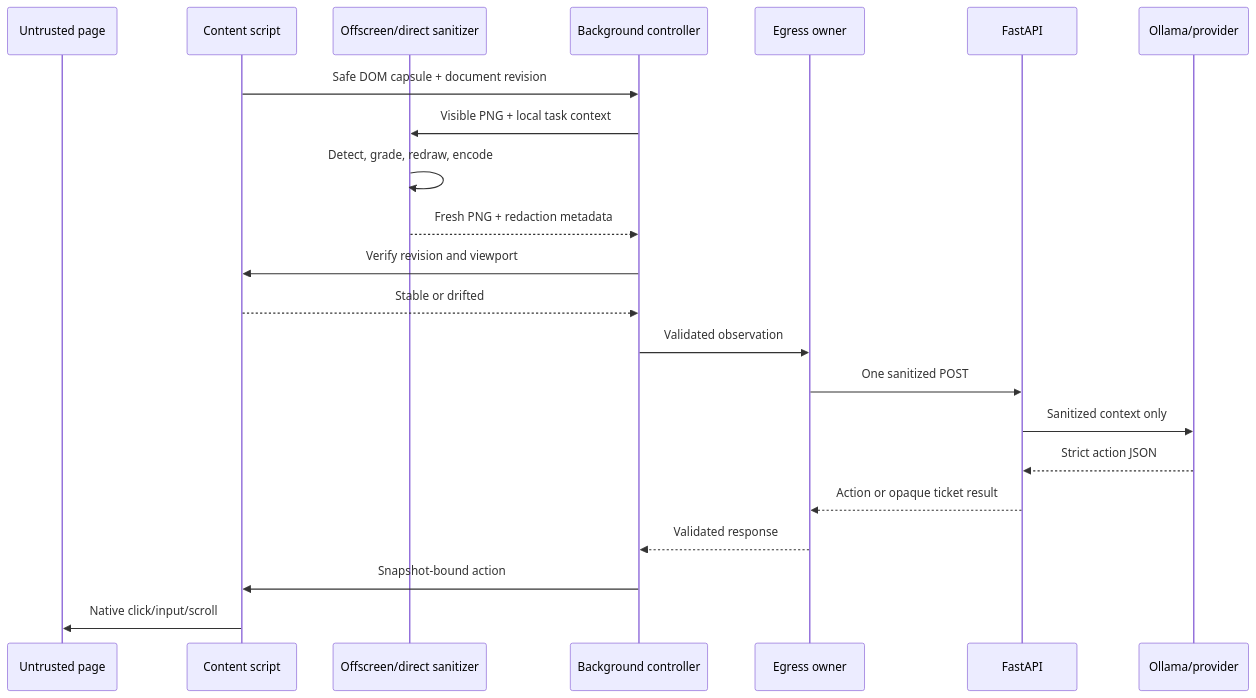
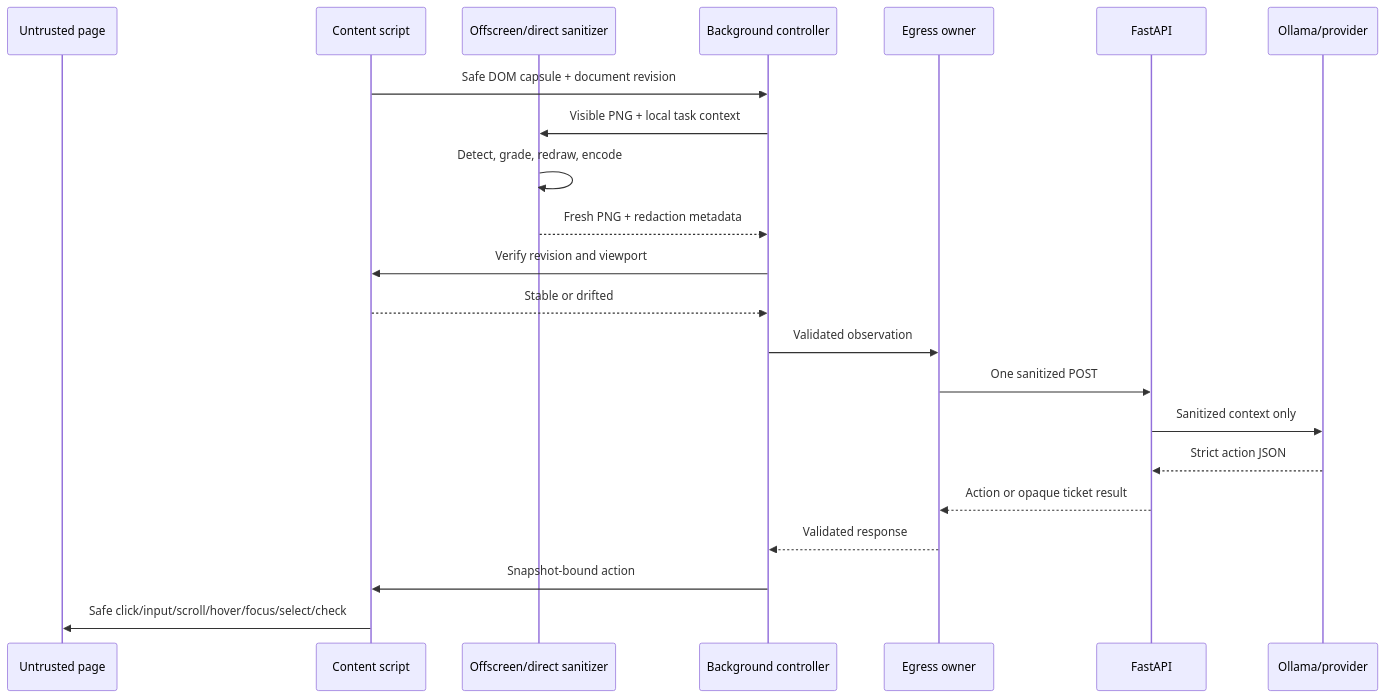
Before and after one commit to Rohinth-S/NAYAN: the second of 5 diagrams in ARCHITECTURE.md, drawn with Mermaid. The commit also changed other lines of this file and 114 other files, not shown here.

````diff
--- a/ARCHITECTURE.md
+++ b/ARCHITECTURE.md
@@ -43,25 +43,25 @@
 ```mermaid
 sequenceDiagram
     participant Page as Untrusted page
     participant CS as Content script
     participant Local as Offscreen/direct sanitizer
     participant BG as Background controller
     participant E as Egress owner
     participant API as FastAPI
     participant Model as Ollama/provider
 
     CS->>BG: Safe DOM capsule + document revision
     BG->>Local: Visible PNG + local task context
     Local->>Local: Detect, grade, redraw, encode
     Local-->>BG: Fresh PNG + redaction metadata
     BG->>CS: Verify revision and viewport
     CS-->>BG: Stable or drifted
     BG->>E: Validated observation
     E->>API: One sanitized POST
     API->>Model: Sanitized context only
     Model-->>API: Strict action JSON
     API-->>E: Action or opaque ticket result
     E-->>BG: Validated response
     BG->>CS: Snapshot-bound action
-    CS->>Page: Native click/input/scroll
+    CS->>Page: Safe click/input/scroll/hover/focus/select/check
 ```
````
